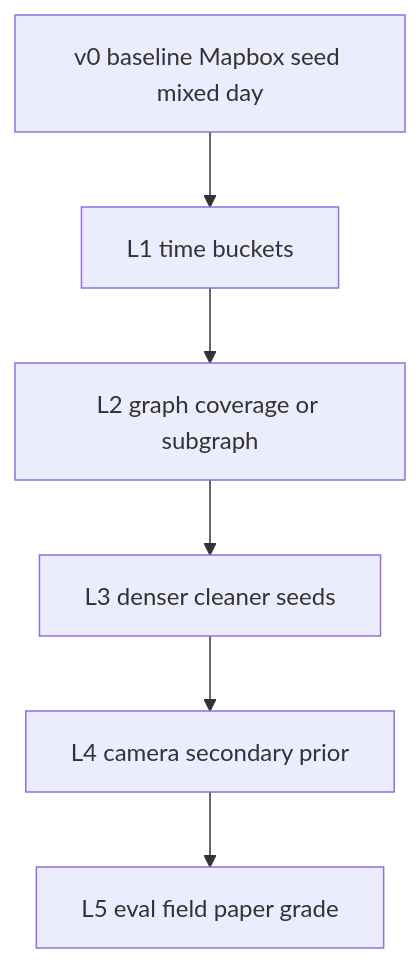
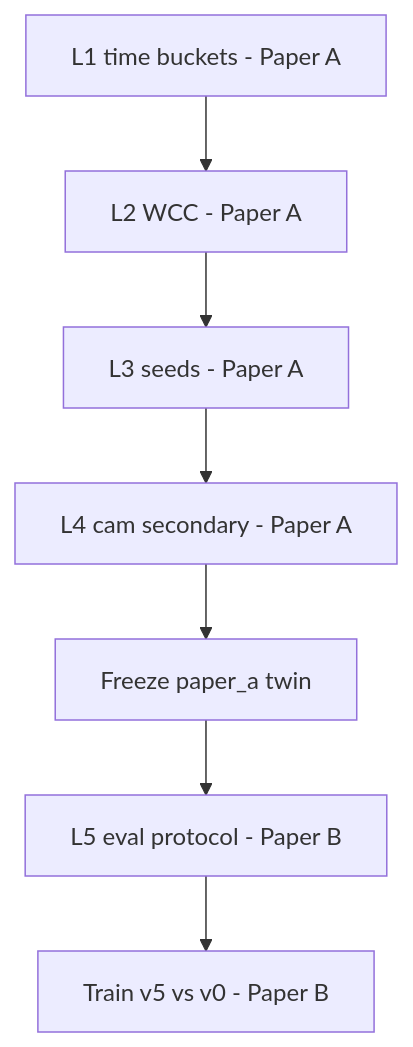
One commit to khoihoangminh05/hcmc-traffic-rl changed the diagram in .docs/ENV_UPGRADE_L1_L5.md. Above: the diagram before and after it, drawn with Mermaid. The commit also changed other lines of this file and 28 other files, not shown here.

First line of the commit message:
Prepare Paper A freeze twin and Paper B sol1 train path.

````diff
--- a/.docs/ENV_UPGRADE_L1_L5.md
+++ b/.docs/ENV_UPGRADE_L1_L5.md
@@ -13,10 +15,11 @@
 ```mermaid
 flowchart TB
-  v0[v0 baseline Mapbox seed mixed day]
-  L1[L1 time buckets]
-  L2[L2 graph coverage or subgraph]
-  L3[L3 denser cleaner seeds]
-  L4[L4 camera secondary prior]
-  L5[L5 eval field paper grade]
-  v0 --> L1 --> L2 --> L3 --> L4 --> L5
+  L1[L1 time buckets - Paper A]
+  L2[L2 WCC - Paper A]
+  L3[L3 seeds - Paper A]
+  L4[L4 cam secondary - Paper A]
+  FREEZE[Freeze paper_a twin]
+  L5[L5 eval protocol - Paper B]
+  TRAIN[Train v5 vs v0 - Paper B]
+  L1 --> L2 --> L3 --> L4 --> FREEZE --> L5 --> TRAIN
 ```
````
